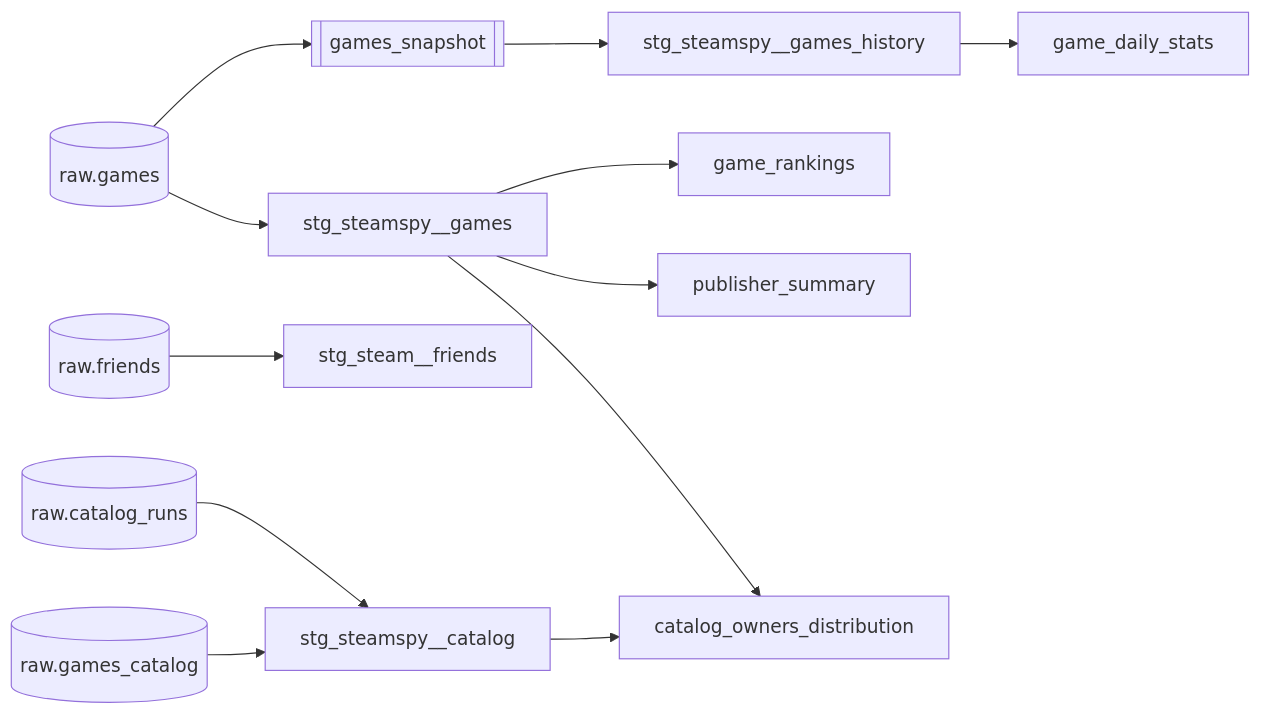
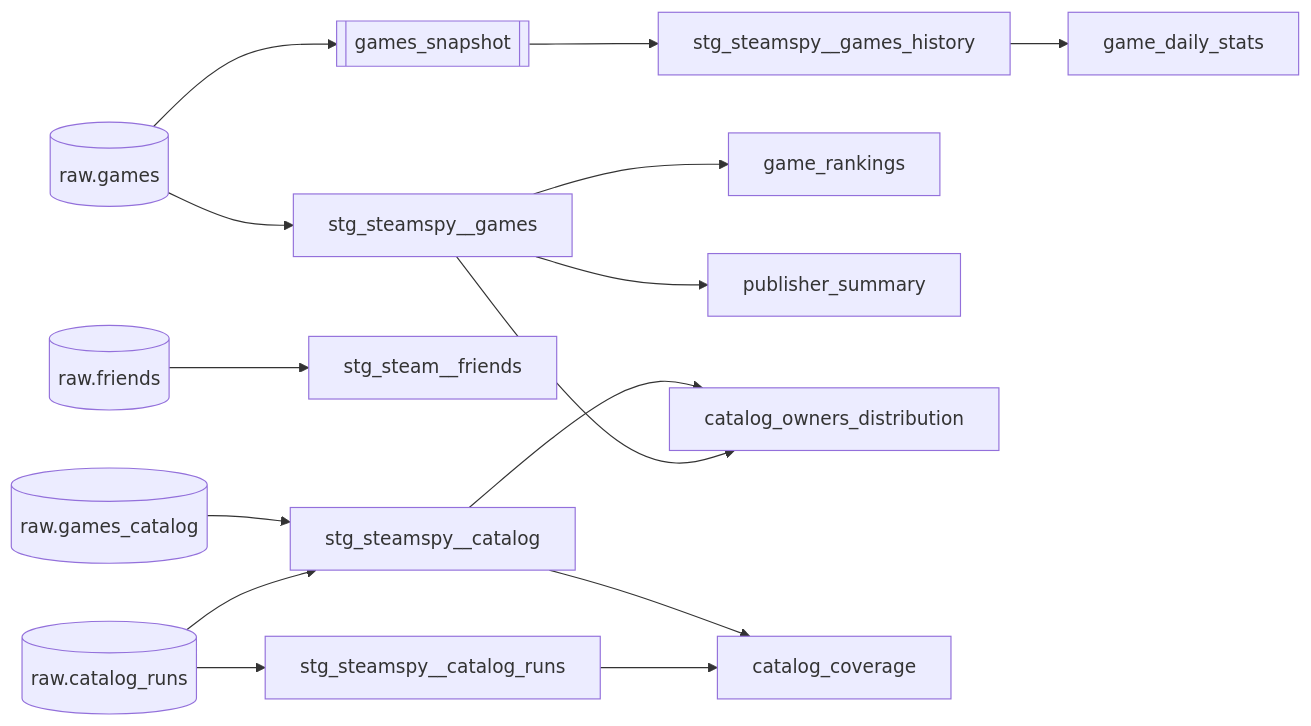
Before and after one commit to dang2b/steam-analytics: the second of 2 diagrams in README.md, drawn with Mermaid. The commit also changed other lines of this file, not shown here.

Commit message:
docs: document the catalogue coverage gap and its bias

````diff
--- a/README.md
+++ b/README.md
@@ -87,14 +87,17 @@
 ```mermaid
 flowchart LR
     g[(raw.games)] --> sg[stg_steamspy__games]
     g --> snap[[games_snapshot]]
     snap --> sh[stg_steamspy__games_history]
     f[(raw.friends)] --> sf[stg_steam__friends]
     c[(raw.games_catalog)] --> sc[stg_steamspy__catalog]
     cr[(raw.catalog_runs)] --> sc
+    cr --> sr[stg_steamspy__catalog_runs]
     sg --> gr[game_rankings]
     sg --> ps[publisher_summary]
     sh --> ds[game_daily_stats]
     sc --> co[catalog_owners_distribution]
+    sc --> cc[catalog_coverage]
+    sr --> cc
     sg --> co
 ```
````
